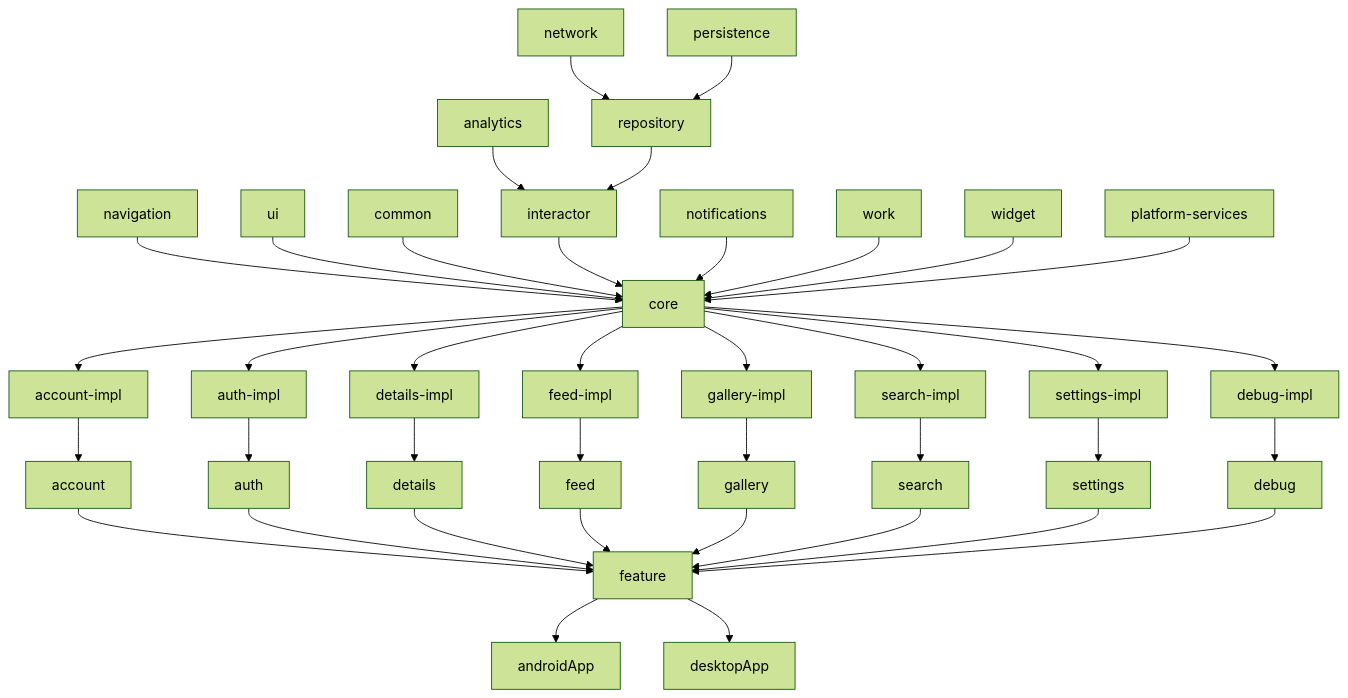
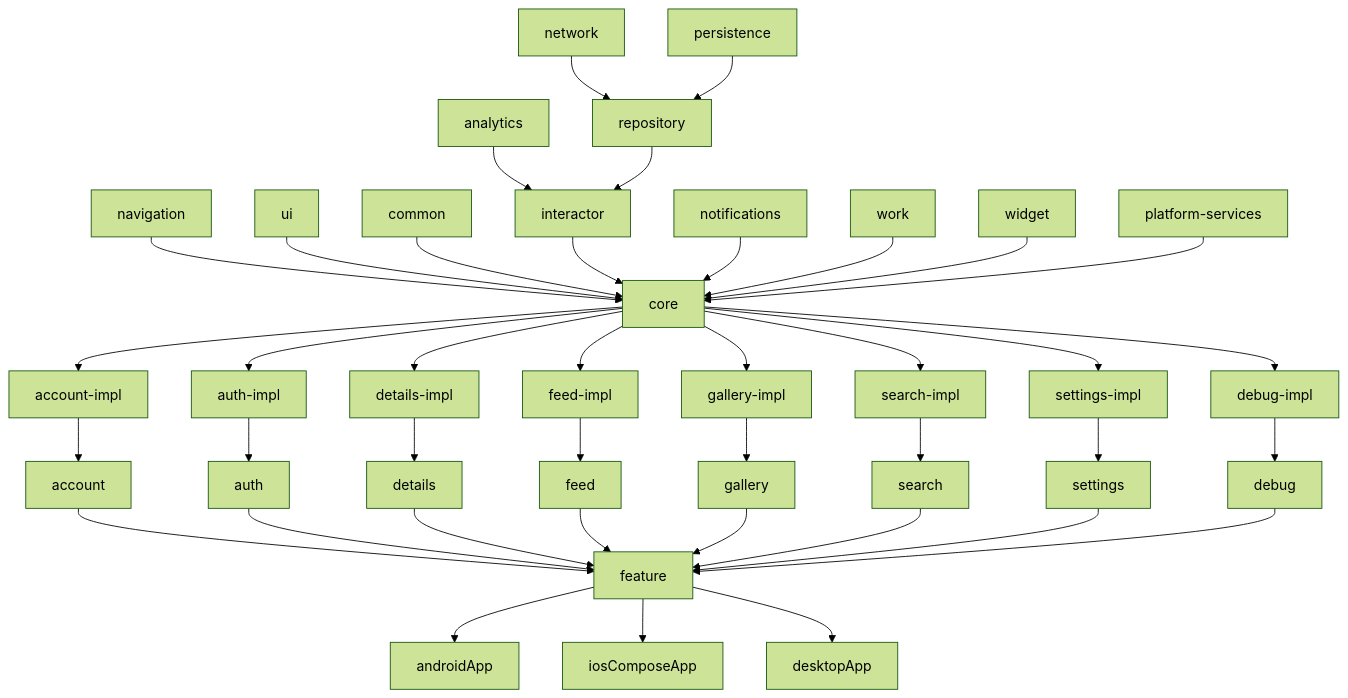
Before and after one commit to michaelbel/movies: the diagram in readme.md, drawn with Mermaid (forest theme). The commit also changed other lines of this file and 7 other files, not shown here.

````diff
--- a/readme.md
+++ b/readme.md
@@ -191,47 +202,48 @@
 ```mermaid
 graph TD;
     feature-->androidApp
+    feature-->iosComposeApp
     feature-->desktopApp
 
     account-->feature
     auth-->feature
     details-->feature
     feed-->feature
     gallery-->feature
     search-->feature
     settings-->feature
     debug-->feature
 
     account-impl-->account
     auth-impl-->auth
     details-impl-->details
     feed-impl-->feed
     gallery-impl-->gallery
     search-impl-->search
     settings-impl-->settings
     debug-impl-->debug
 
     core-->account-impl
     core-->auth-impl
     core-->details-impl
     core-->feed-impl
     core-->gallery-impl
     core-->search-impl
     core-->settings-impl
     core-->debug-impl
 
     navigation-->core
     ui-->core
     common-->core
     interactor-->core
     notifications-->core
     work-->core
     widget-->core
     platform-services-->core
 
     analytics-->interactor
     repository-->interactor
 
     network-->repository
     persistence-->repository
 ```
````
